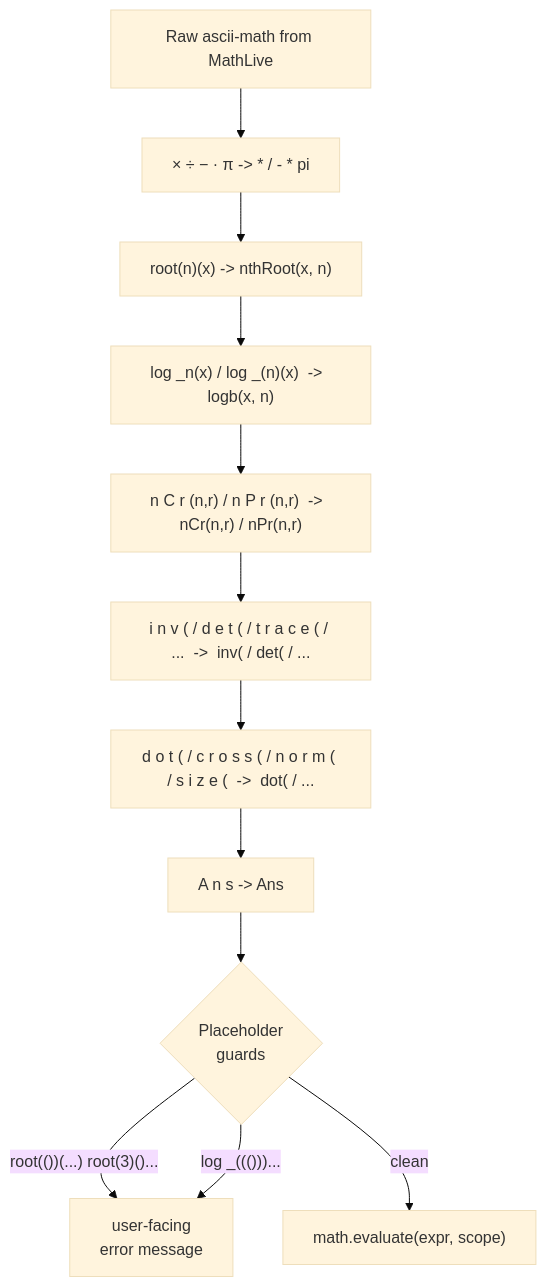
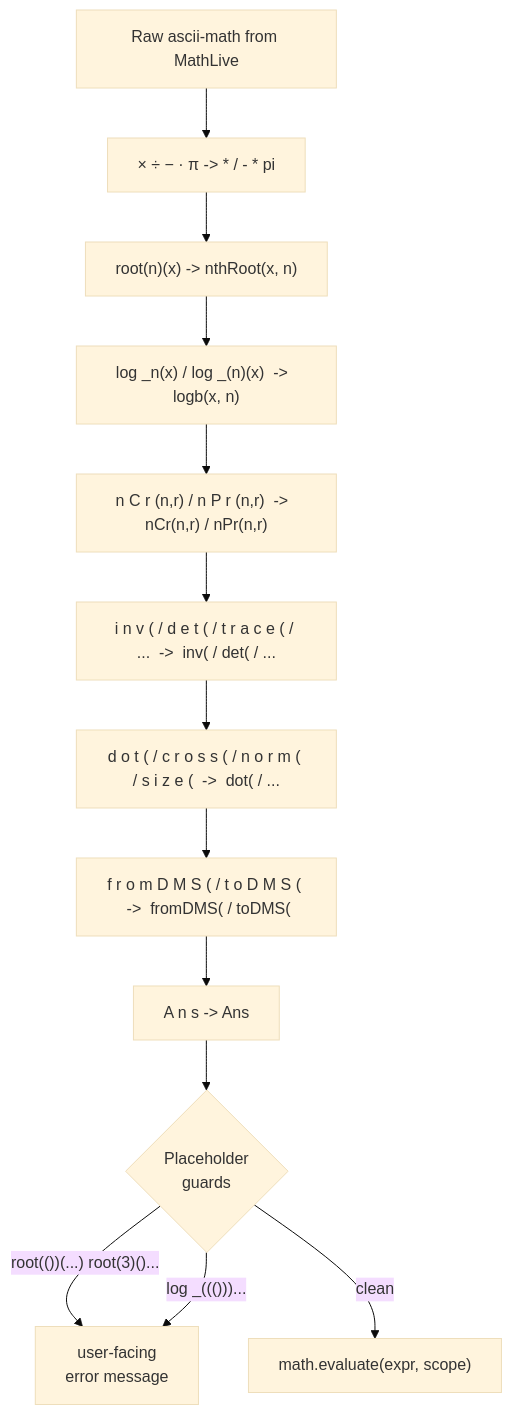
The third of 3 diagrams in docs/architecture.md (sreenikh/scientific-calculator), drawn with Mermaid (base theme) before and after one commit. The commit also changed other lines of this file and 1 other file, not shown here.

Commit message:
Update architecture and user manual for DMS and Math/Line toggle

````diff
--- a/docs/architecture.md
+++ b/docs/architecture.md
@@ -76,15 +76,16 @@
 ```mermaid
 flowchart TD
     Raw["Raw ascii-math from MathLive"]
     Raw --> S1["× ÷ − · π  ->  * / - * pi"]
     S1 --> S2["root(n)(x)  ->  nthRoot(x, n)"]
     S2 --> S3["log _n(x) / log _(n)(x)  ->  logb(x, n)"]
     S3 --> S4["n C r (n,r) / n P r (n,r)  ->  nCr(n,r) / nPr(n,r)"]
     S4 --> S5["i n v ( / d e t ( / t r a c e ( / ...  ->  inv( / det( / ..."]
     S5 --> S6["d o t ( / c r o s s ( / n o r m ( / s i z e (  ->  dot( / ..."]
-    S6 --> S7["A n s  ->  Ans"]
-    S7 --> G{"Placeholder\nguards"}
+    S6 --> S7["f r o m D M S ( / t o D M S (  ->  fromDMS( / toDMS("]
+    S7 --> S8["A n s  ->  Ans"]
+    S8 --> G{"Placeholder\nguards"}
     G -->|"root(())(...)  root(3)()..."| Err["user-facing\nerror message"]
     G -->|"log _((()))..."| Err
     G -->|clean| Eval["math.evaluate(expr, scope)"]
 ```
````
